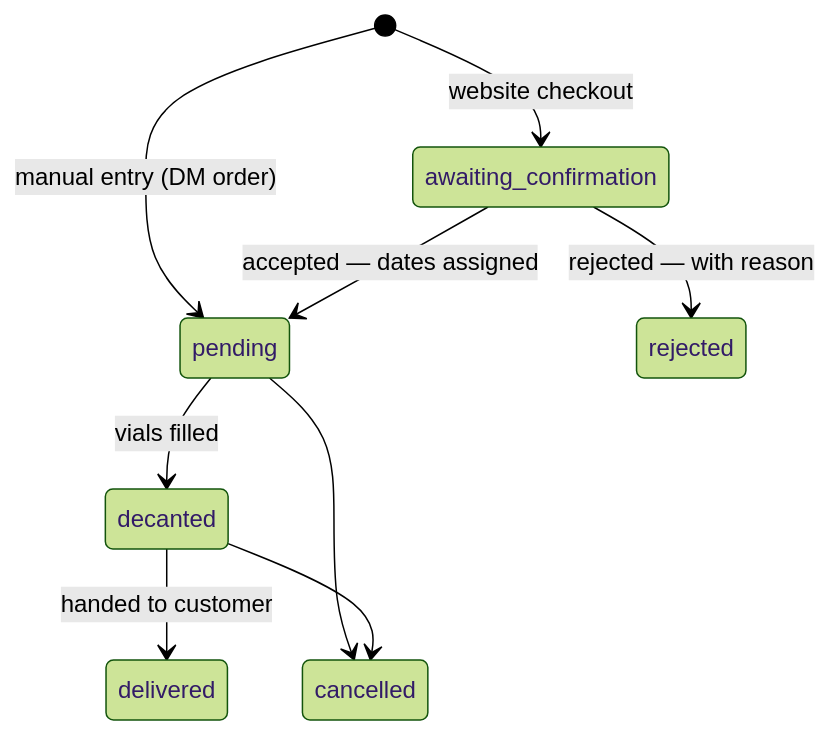
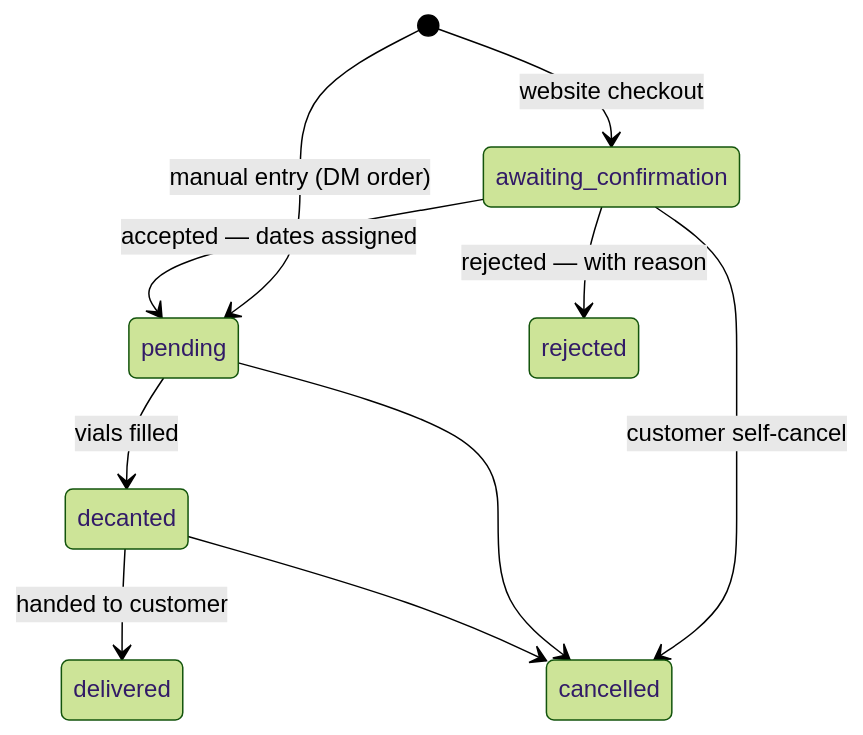
One commit to naingaunglinn/decant-please changed the diagram in README.md. Above: the diagram before and after it, drawn with Mermaid (forest theme). The commit also changed other lines of this file and 5 other files, not shown here.

````diff
--- a/README.md
+++ b/README.md
@@ -52,11 +55,12 @@
 ```mermaid
 stateDiagram-v2
     [*] --> awaiting_confirmation: website checkout
     [*] --> pending: manual entry (DM order)
     awaiting_confirmation --> pending: accepted — dates assigned
     awaiting_confirmation --> rejected: rejected — with reason
+    awaiting_confirmation --> cancelled: customer self-cancel
     pending --> decanted: vials filled
     decanted --> delivered: handed to customer
     pending --> cancelled
     decanted --> cancelled
 ```
````
